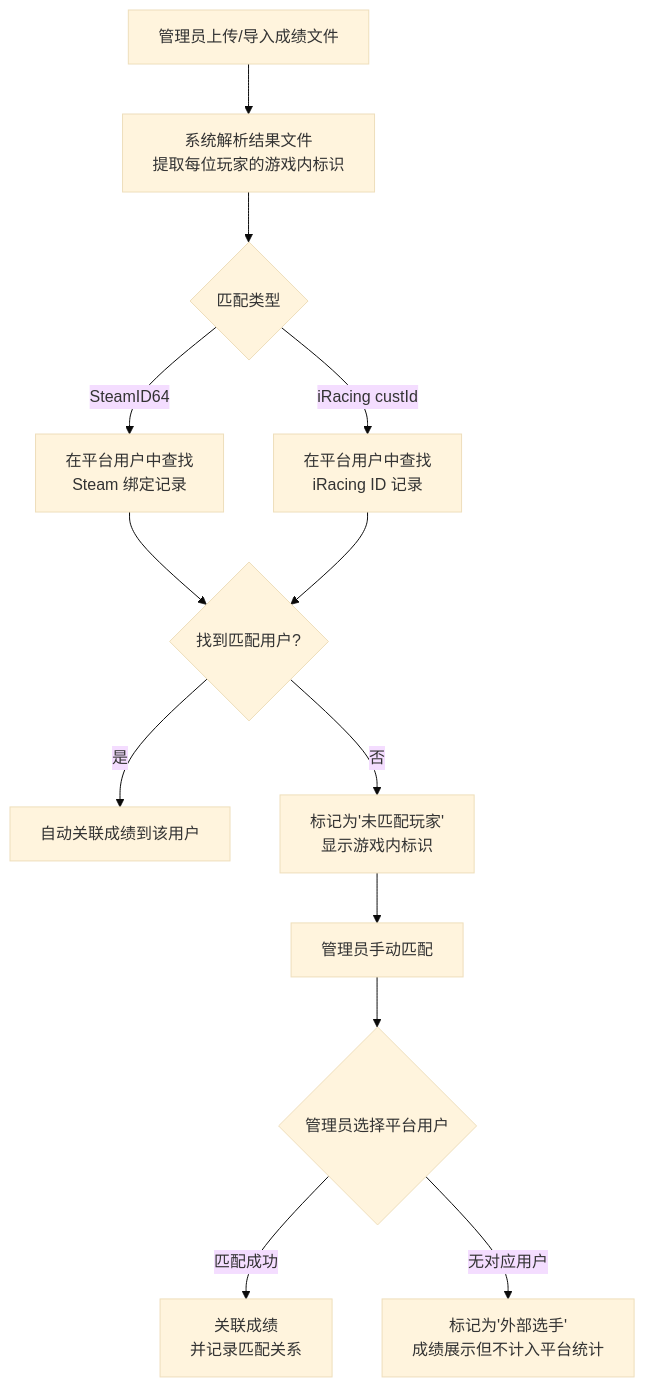
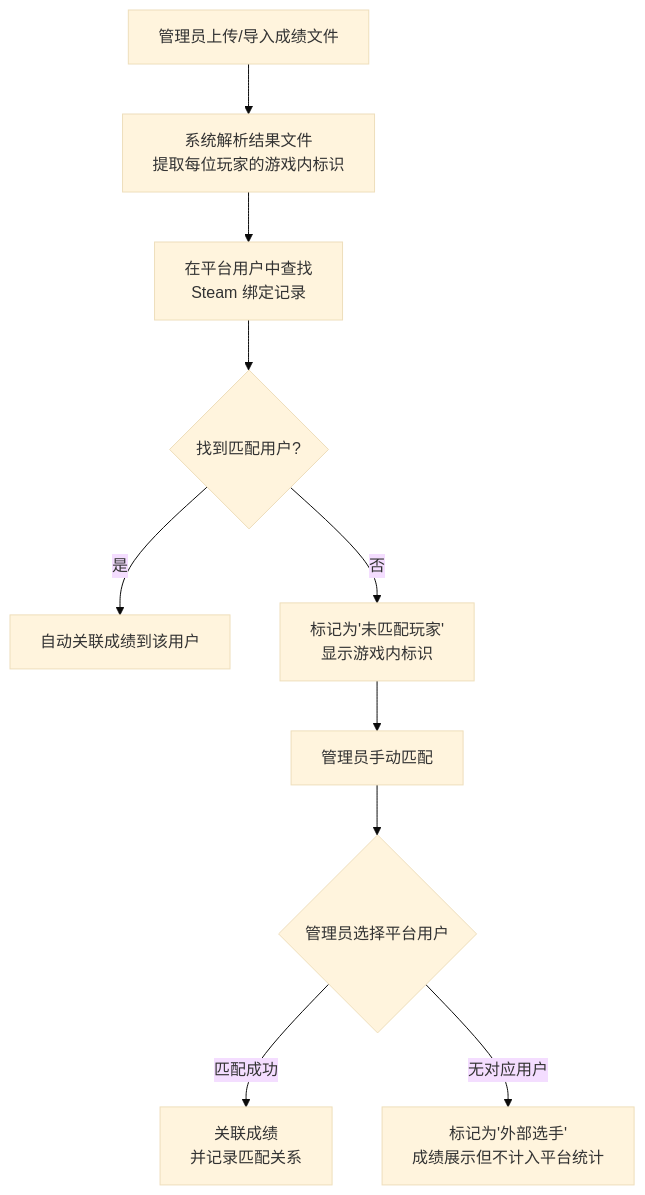
Before and after one commit to SagaLinZP/Racing-Arcade-Admin: the ninth of 13 diagrams in PRD.md, drawn with Mermaid (base theme). The commit also changed other lines of this file and 34 other files, not shown here.

````diff
--- a/PRD.md
+++ b/PRD.md
@@ -955,19 +1084,14 @@
 ```mermaid
 flowchart TD
     A[管理员上传/导入成绩文件] --> B[系统解析结果文件<br/>提取每位玩家的游戏内标识]
-    B --> C{匹配类型}
-    
-    C -->|SteamID64| D[在平台用户中查找<br/>Steam 绑定记录]
-    C -->|iRacing custId| E[在平台用户中查找<br/>iRacing ID 记录]
-    
-    D --> F{找到匹配用户?}
-    E --> F
-    
-    F -->|是| G[自动关联成绩到该用户]
-    F -->|否| H[标记为'未匹配玩家'<br/>显示游戏内标识]
-    
-    H --> I[管理员手动匹配]
-    I --> J{管理员选择平台用户}
-    J -->|匹配成功| K[关联成绩<br/>并记录匹配关系]
-    J -->|无对应用户| L[标记为'外部选手'<br/>成绩展示但不计入平台统计]
+    B --> C[在平台用户中查找<br/>Steam 绑定记录]
+    C --> D{找到匹配用户?}
+
+    D -->|是| E[自动关联成绩到该用户]
+    D -->|否| F[标记为'未匹配玩家'<br/>显示游戏内标识]
+
+    F --> G[管理员手动匹配]
+    G --> H{管理员选择平台用户}
+    H -->|匹配成功| I[关联成绩<br/>并记录匹配关系]
+    H -->|无对应用户| J[标记为'外部选手'<br/>成绩展示但不计入平台统计]
 ```
````
